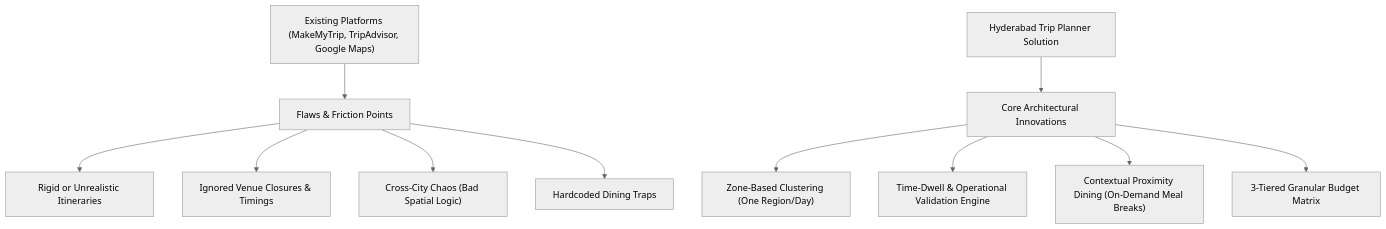
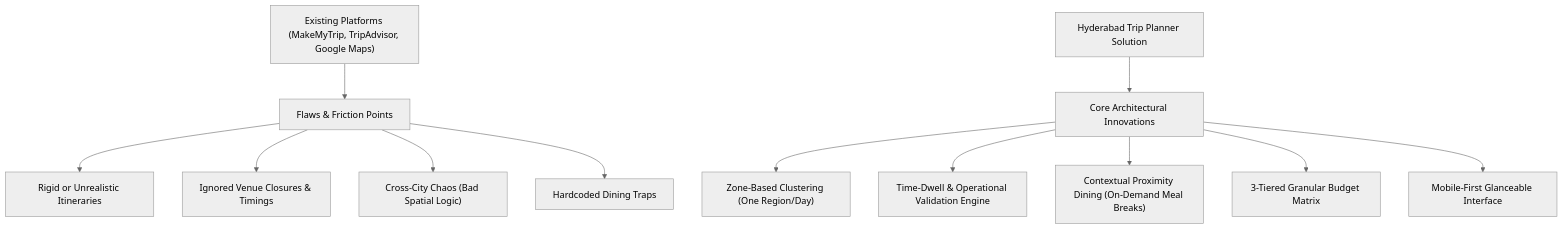
One commit to NIFT-Information-Architecture-2026/Ankita_BD-24-618 changed the diagram in NARRATIVE_OBJECTIVES.md. Above: the diagram before and after it, drawn with Mermaid (neutral theme). The commit also changed other lines of this file, not shown here.

Commit message:
docs(ux): update mobile-first primary device context in phase 1 spec

````diff
--- a/NARRATIVE_OBJECTIVES.md
+++ b/NARRATIVE_OBJECTIVES.md
@@ -26,14 +34,15 @@
 ```mermaid
 flowchart TD
     A["Existing Platforms (MakeMyTrip, TripAdvisor, Google Maps)"] --> B["Flaws & Friction Points"]
     B --> C1["Rigid or Unrealistic Itineraries"]
     B --> C2["Ignored Venue Closures & Timings"]
     B --> C3["Cross-City Chaos (Bad Spatial Logic)"]
     B --> C4["Hardcoded Dining Traps"]
 
     D["Hyderabad Trip Planner Solution"] --> E["Core Architectural Innovations"]
     E --> F1["Zone-Based Clustering (One Region/Day)"]
     E --> F2["Time-Dwell & Operational Validation Engine"]
     E --> F3["Contextual Proximity Dining (On-Demand Meal Breaks)"]
     E --> F4["3-Tiered Granular Budget Matrix"]
+    E --> F5["Mobile-First Glanceable Interface"]
 ```
````
